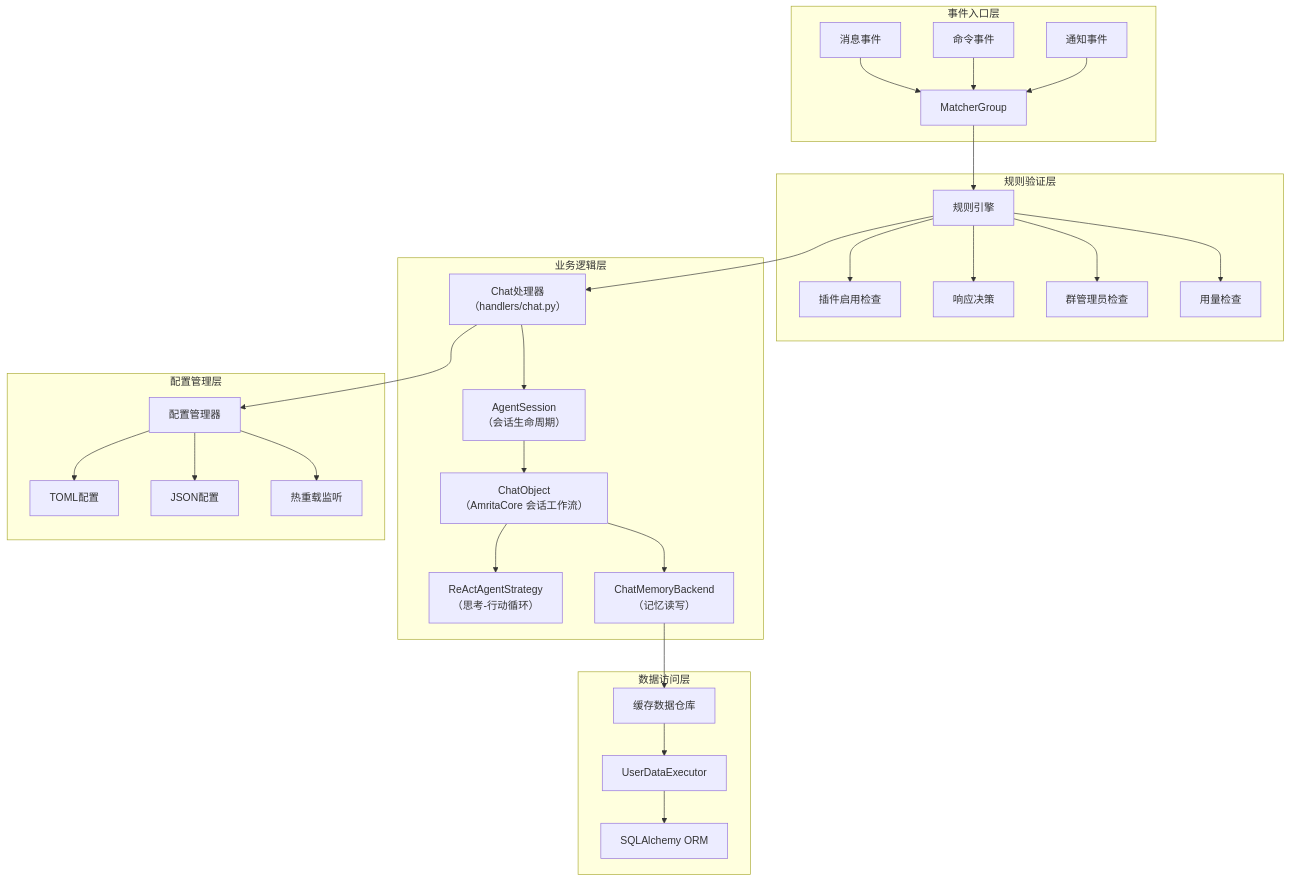
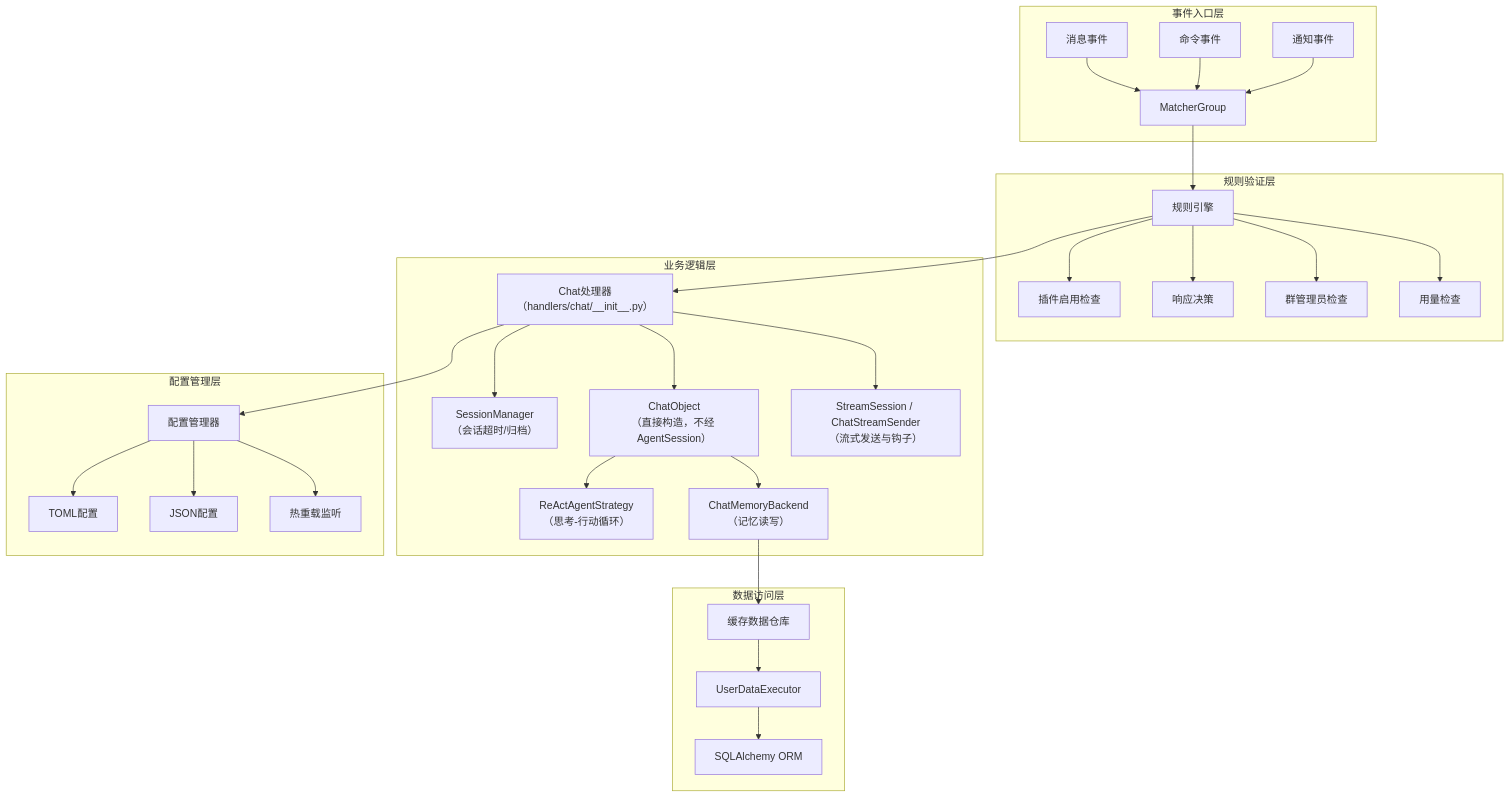
Before and after one commit to AmritaBot/amrita-docs: the second of 5 diagrams in docs/amrita/advanced/architecture.md, drawn with Mermaid. The commit also changed other lines of this file and 2 other files, not shown here.

````diff
--- a/docs/amrita/advanced/architecture.md
+++ b/docs/amrita/advanced/architecture.md
@@ -86,37 +98,38 @@
 ```mermaid
 graph TD
     subgraph "事件入口层"
         MessageEvent[消息事件] --> MatcherGroup[MatcherGroup]
         CommandEvent[命令事件] --> MatcherGroup
         NoticeEvent[通知事件] --> MatcherGroup
     end
 
     subgraph "规则验证层"
         MatcherGroup --> RuleEngine[规则引擎]
         RuleEngine --> is_bot_enabled[插件启用检查]
         RuleEngine --> should_respond[响应决策]
         RuleEngine --> is_group_admin[群管理员检查]
         RuleEngine --> usage_check[用量检查]
     end
 
     subgraph "业务逻辑层"
-        RuleEngine --> ChatHandler[Chat处理器<br>（handlers/chat.py）]
-        ChatHandler --> AgentSession[AgentSession<br>（会话生命周期）]
-        AgentSession --> ChatObject[ChatObject<br>（AmritaCore 会话工作流）]
+        RuleEngine --> ChatHandler[Chat处理器<br>（handlers/chat/__init__.py）]
+        ChatHandler --> SessionMgr[SessionManager<br>（会话超时/归档）]
+        ChatHandler --> ChatObject[ChatObject<br>（直接构造，不经 AgentSession）]
         ChatObject --> Strategy[ReActAgentStrategy<br>（思考-行动循环）]
         ChatObject --> MemoryBackend[ChatMemoryBackend<br>（记忆读写）]
+        ChatHandler --> StreamSender[StreamSession / ChatStreamSender<br>（流式发送与钩子）]
     end
 
     subgraph "数据访问层"
         MemoryBackend --> CachedUserDataRepository[缓存数据仓库]
         CachedUserDataRepository --> UserDataExecutor[UserDataExecutor]
         UserDataExecutor --> Database[SQLAlchemy ORM]
     end
 
     subgraph "配置管理层"
         ChatHandler --> ConfigManager[配置管理器]
         ConfigManager --> TOMLConfig[TOML配置]
         ConfigManager --> JSONConfig[JSON配置]
         ConfigManager --> HotReload[热重载监听]
     end
 ```
````
